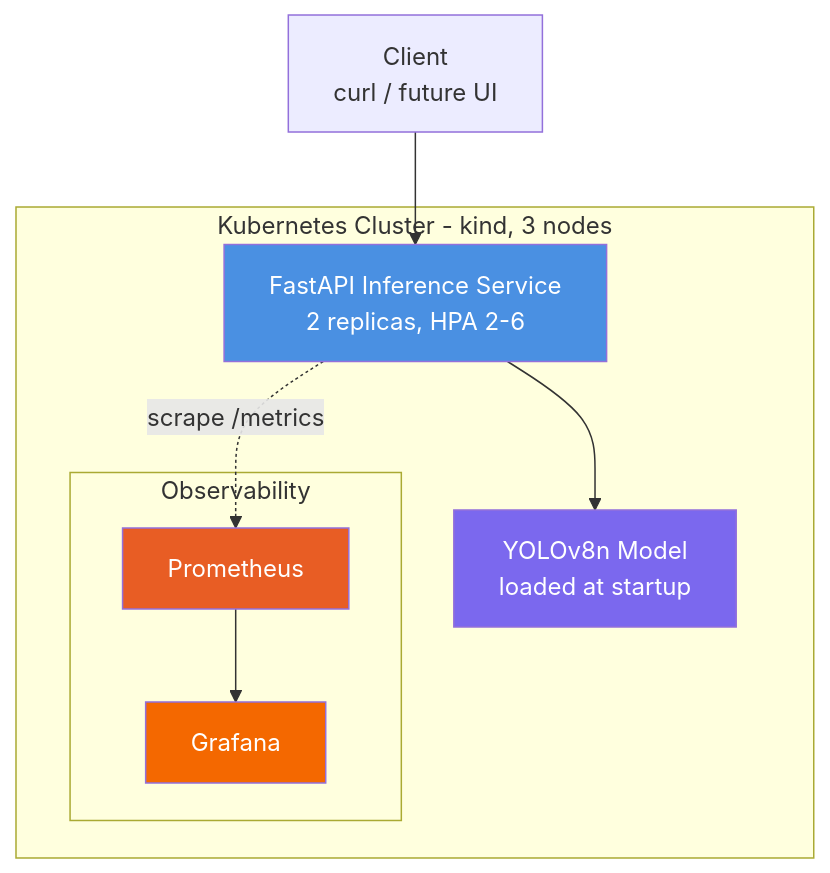
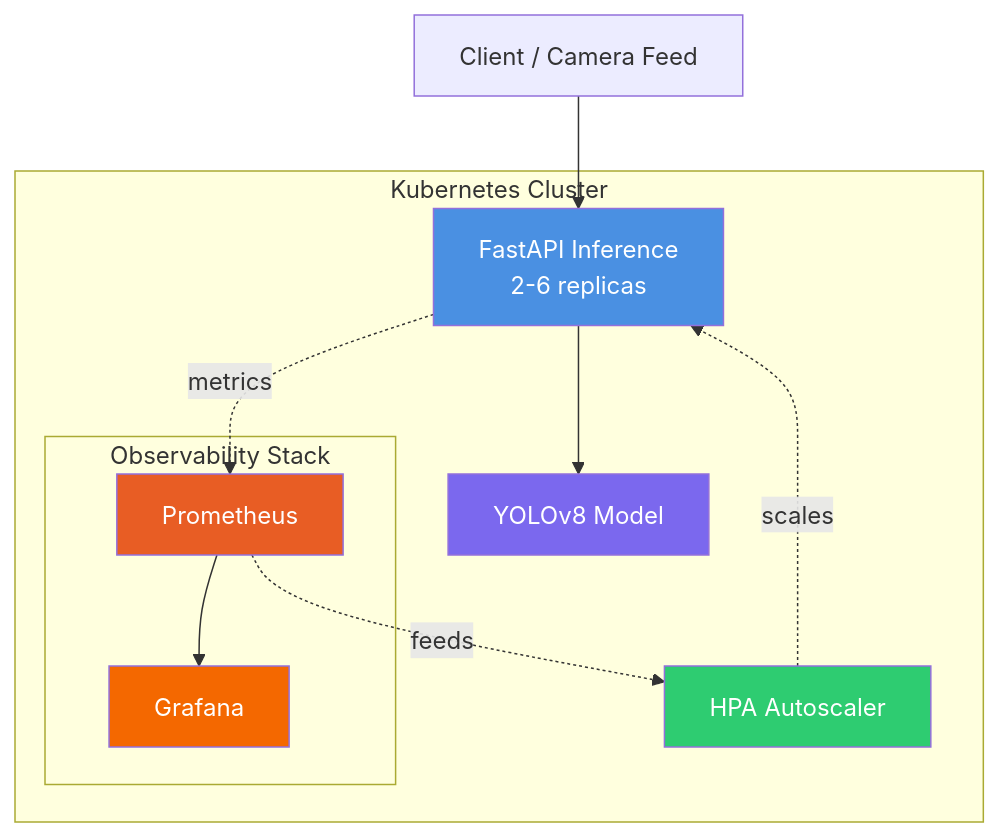
The diagram in README.md (yusufbender/mlops-defect-detector), drawn with Mermaid before and after one commit. The commit also changed other lines of this file, not shown here.

````diff
--- a/README.md
+++ b/README.md
@@ -25,23 +88,26 @@
 ```mermaid
 flowchart TB
-    Client[Client<br/>curl / future UI] --> API
+    Client[Client / Camera Feed] --> API
 
-    subgraph K8s[Kubernetes Cluster - kind, 3 nodes]
-        API[FastAPI Inference Service<br/>2 replicas, HPA 2-6]
-        Model[YOLOv8n Model<br/>loaded at startup]
+    subgraph K8s[Kubernetes Cluster]
+        API[FastAPI Inference<br/>2-6 replicas]
+        Model[YOLOv8 Model]
         API --> Model
 
-        subgraph Obs[Observability]
+        subgraph Obs[Observability Stack]
             Prom[Prometheus]
             Graf[Grafana]
             Prom --> Graf
         end
 
-        API -.scrape /metrics.-> Prom
+        API -.metrics.-> Prom
+        HPA[HPA Autoscaler] -.scales.-> API
+        Prom -.feeds.-> HPA
     end
 
     style API fill:#4a90e2,color:#fff
     style Model fill:#7b68ee,color:#fff
     style Prom fill:#e85d24,color:#fff
     style Graf fill:#f46800,color:#fff
+    style HPA fill:#2ecc71,color:#fff
 ```
````
